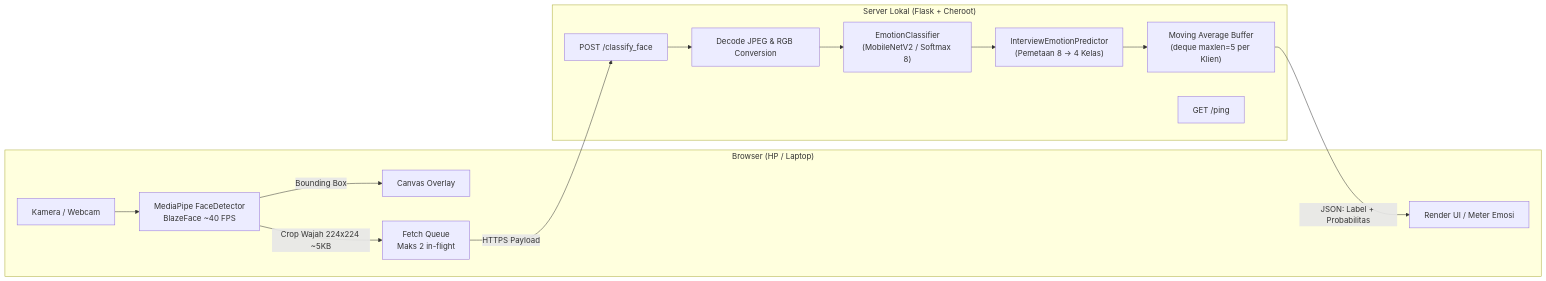
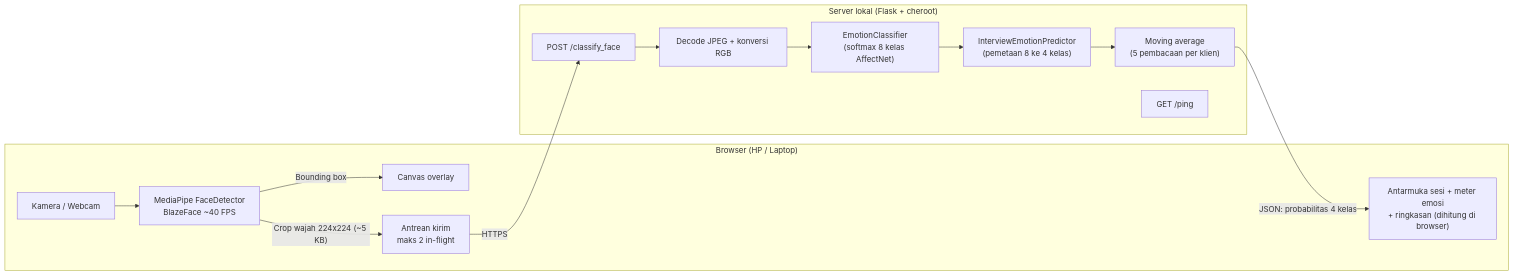
One commit to reishasholihah/affectnet-interview-project changed the diagram in README.md. Above: the diagram before and after it, drawn with Mermaid. The commit also changed other lines of this file and 2 other files, not shown here.

````diff
--- a/README.md
+++ b/README.md
@@ -9,24 +9,22 @@
 ```mermaid
 graph LR
     subgraph Client ["Browser (HP / Laptop)"]
-        A[Kamera / Webcam] --> B[MediaPipe FaceDetector\nBlazeFace ~40 FPS]
-        B -->|Bounding Box| C[Canvas Overlay]
-        B -->|Crop Wajah 224x224 ~5KB| D[Fetch Queue\nMaks 2 in-flight]
-        E[Render UI / Meter Emosi]
+        A[Kamera / Webcam] --> B["MediaPipe FaceDetector<br/>BlazeFace ~40 FPS"]
+        B -->|Bounding box| C[Canvas overlay]
+        B -->|"Crop wajah 224x224 (~5 KB)"| D["Antrean kirim<br/>maks 2 in-flight"]
+        E["Antarmuka sesi + meter emosi<br/>+ ringkasan (dihitung di browser)"]
     end
 
-    subgraph Server ["Server Lokal (Flask + Cheroot)"]
+    subgraph Server ["Server lokal (Flask + cheroot)"]
         F["POST /classify_face"]
-        G["Decode JPEG & RGB Conversion"]
-        H["EmotionClassifier\n(MobileNetV2 / Softmax 8)"]
-        I["InterviewEmotionPredictor\n(Pemetaan 8 → 4 Kelas)"]
-        J["Moving Average Buffer\n(deque maxlen=5 per Klien)"]
+        G["Decode JPEG + konversi RGB"]
+        H["EmotionClassifier<br/>(softmax 8 kelas AffectNet)"]
+        I["InterviewEmotionPredictor<br/>(pemetaan 8 ke 4 kelas)"]
+        J["Moving average<br/>(5 pembacaan per klien)"]
         K["GET /ping"]
-        
         F --> G --> H --> I --> J
     end
 
-    D -->|HTTPS Payload| F
-    J -->|JSON: Label + Probabilitas| E
-
+    D -->|HTTPS| F
+    J -->|"JSON: probabilitas 4 kelas"| E
 ```
````
